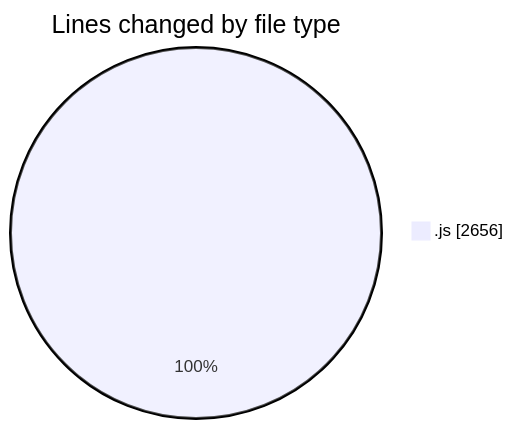
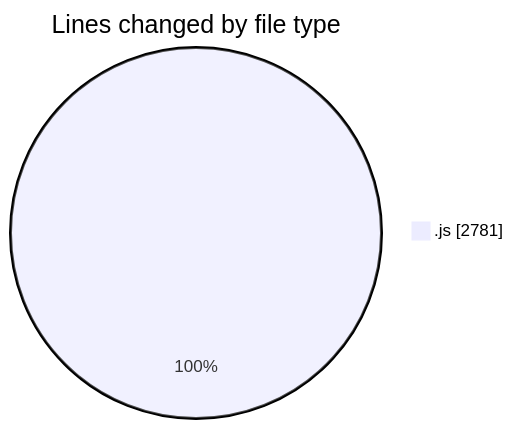
Before and after one commit to nxtqubesakshisongat/code-tracking: the first of 2 diagrams in 2025-10-15/nxtqube_webapp/README.md, drawn with Mermaid. The commit also changed other lines of this file and 1 other file, not shown here.

````diff
--- a/2025-10-15/nxtqube_webapp/README.md
+++ b/2025-10-15/nxtqube_webapp/README.md
@@ -21,5 +21,5 @@
 ```mermaid
 pie showData
 title Lines changed by file type
-".js" : 2656
+".js" : 2781
 ```
````
